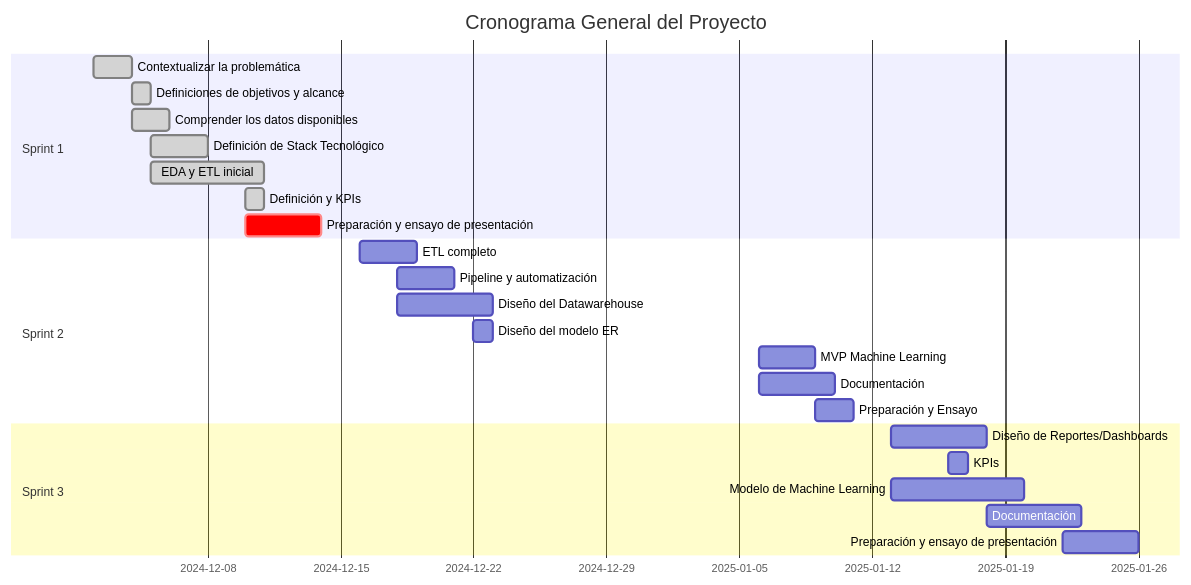
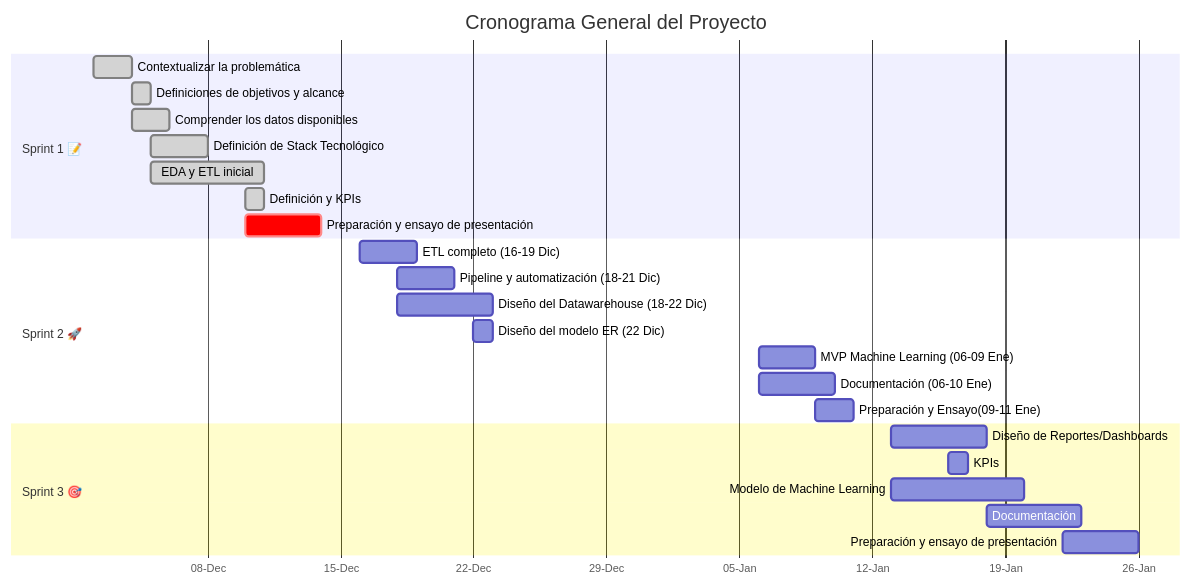
The diagram in README.md (SDCaFlo/datapt11_pf_grupo02), drawn with Mermaid before and after one commit. The commit also changed other lines of this file, not shown here.

````diff
--- a/README.md
+++ b/README.md
@@ -240,28 +222,30 @@
 ```mermaid
 gantt
     title Cronograma General del Proyecto
     dateFormat  YYYY-MM-DD
-    section Sprint 1
+    axisFormat  %d-%b
+
+    section Sprint 1 📝
     Contextualizar la problemática    :done, b1, 2024-12-02, 2d
     Definiciones de objetivos y alcance  :done, a2, 2024-12-04, 1d
     Comprender los datos disponibles  :done, a2, 2024-12-04, 2d
     Definición de Stack Tecnológico  :done, a2, 2024-12-05, 3d
     EDA y ETL inicial  :done, a2, 2024-12-05, 6d
     Definición y KPIs  :done, a2, 2024-12-10, 1d
     Preparación y ensayo de presentación :crit, a2, 2024-12-10, 4d
-    section Sprint 2 
-    ETL completo      :b1, 2024-12-16, 3d
-    Pipeline y automatización            :b2, 2024-12-18, 3d
-    Diseño del Datawarehouse         :b2, 2024-12-18, 5d
-    Diseño del modelo ER          :b2, 2024-12-22, 1d
-    MVP Machine Learning         :b2, 2025-01-06, 3d
-    Documentación        :b2, 2025-01-06, 4d
-    Preparación y Ensayo   :b2, 2025-01-09, 2d
-    section Sprint 3 
+    section Sprint 2 🚀
+    ETL completo  (16-19 Dic)    :b1, 2024-12-16, 3d
+    Pipeline y automatización (18-21 Dic)           :b2, 2024-12-18, 3d
+    Diseño del Datawarehouse (18-22 Dic)        :b2, 2024-12-18, 5d
+    Diseño del modelo ER (22 Dic)         :b2, 2024-12-22, 1d
+    MVP Machine Learning  (06-09 Ene)       :b2, 2025-01-06, 3d
+    Documentación (06-10 Ene)       :b2, 2025-01-06, 4d
+    Preparación y Ensayo(09-11 Ene)   :b2, 2025-01-09, 2d
+    section Sprint 3 🎯
     Diseño de Reportes/Dashboards           :c1, 2025-01-13, 5d
     KPIs                  :c2, 2025-01-16, 1d
     Modelo de Machine Learning  :c2, 2025-01-13, 7d
     Documentación               :d1, 2025-01-18, 5d
     Preparación y ensayo de presentación       :d2, 2025-01-22, 4d
 
 ```
````
